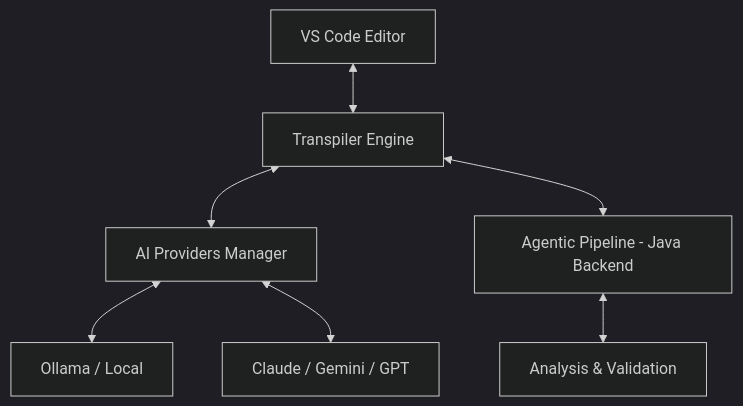
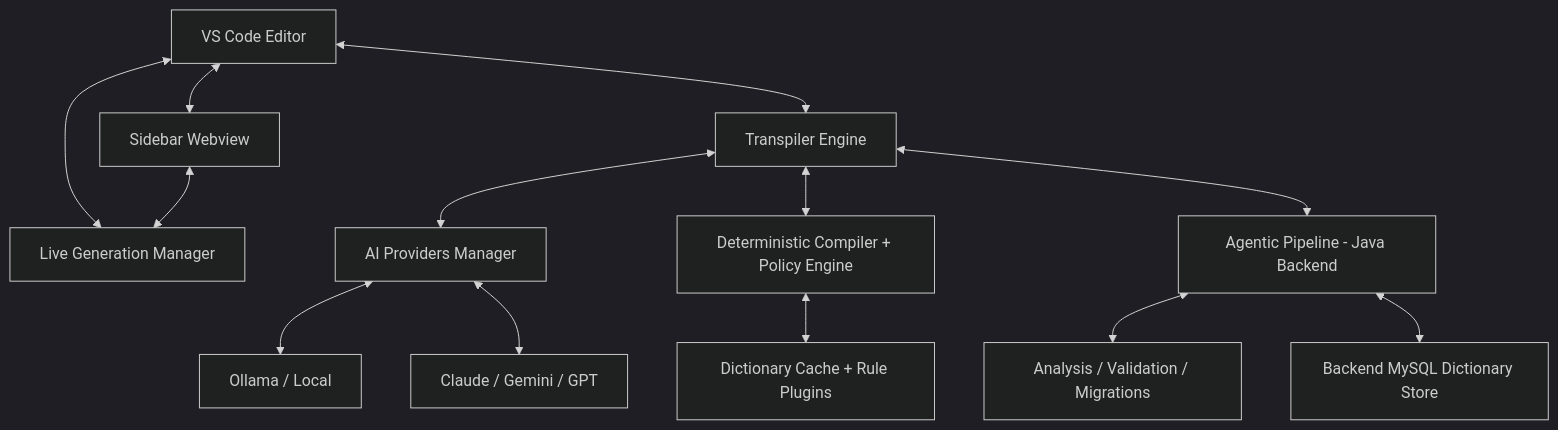
The diagram in README.md (HarshBavaskar/Natlang-Extension), drawn with Mermaid (dark theme) before and after one commit. The commit also changed other lines of this file and 50 other files, not shown here.

````diff
--- a/README.md
+++ b/README.md
@@ -59,9 +65,15 @@
 ```mermaid
 graph TD
-    A[VS Code Editor] <--> B[Transpiler Engine]
-    B <--> C[AI Providers Manager]
-    B <--> D[Agentic Pipeline - Java Backend]
-    C <--> E[Ollama / Local]
-    C <--> F[Claude / Gemini / GPT]
-    D <--> G[Analysis & Validation]
+  A[VS Code Editor] <--> B[Transpiler Engine]
+  A <--> C[Live Generation Manager]
+  A <--> D[Sidebar Webview]
+  B <--> E[AI Providers Manager]
+  B <--> F[Deterministic Compiler + Policy Engine]
+  B <--> G[Agentic Pipeline - Java Backend]
+  D <--> C
+  E <--> H[Ollama / Local]
+  E <--> I[Claude / Gemini / GPT]
+  F <--> J[Dictionary Cache + Rule Plugins]
+  G <--> K[Analysis / Validation / Migrations]
+  G <--> L[Backend MySQL Dictionary Store]
 ```
````
